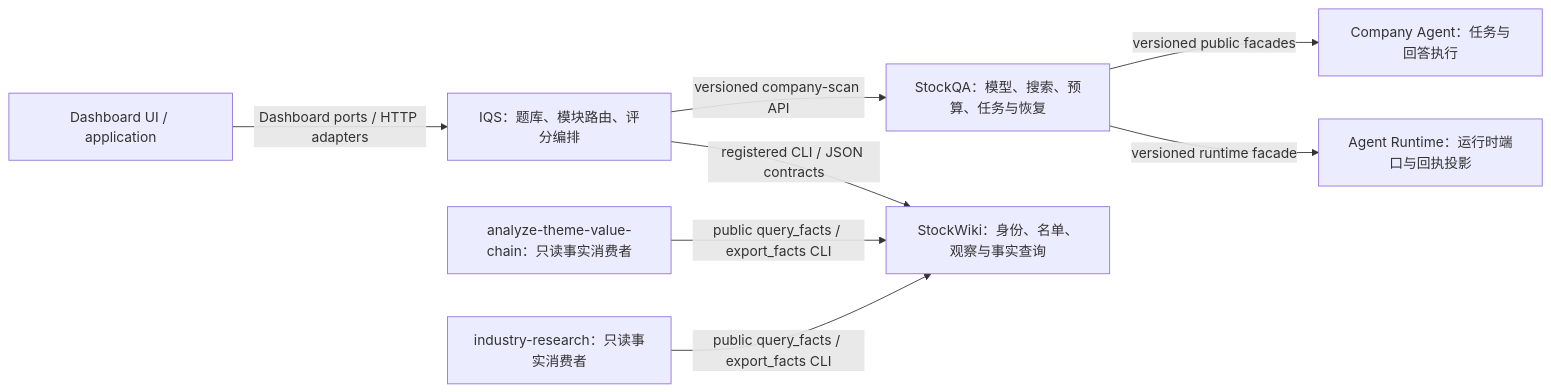
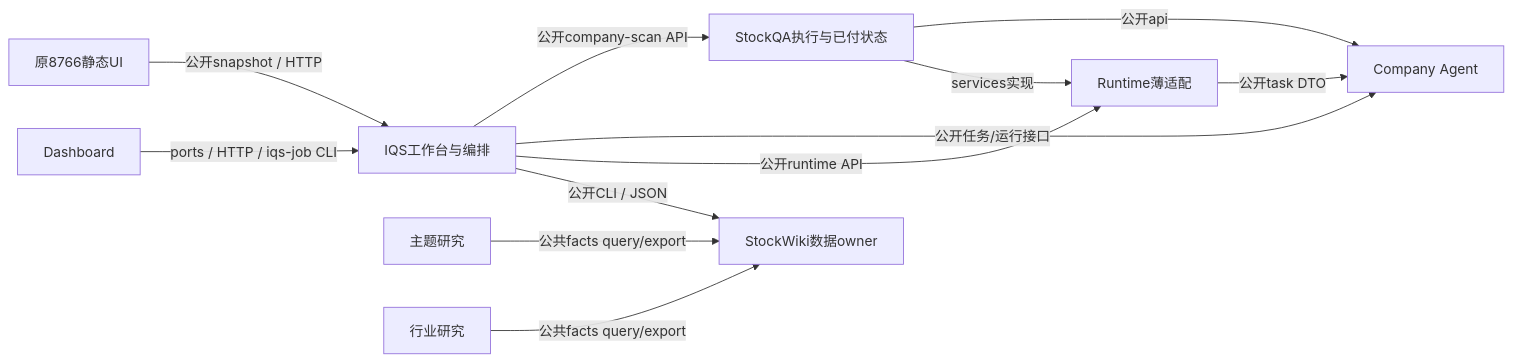
The diagram in docs/architecture/module-boundaries.md (zhengcb81/invest-quick-scan), drawn with Mermaid before and after one commit. The commit also changed other lines of this file and 18 other files, not shown here.

````diff
--- a/docs/architecture/module-boundaries.md
+++ b/docs/architecture/module-boundaries.md
@@ -7,19 +9,14 @@
 ```mermaid
 flowchart LR
-  UI[Dashboard UI / application]
-  IQS[IQS：题库、模块路由、评分编排]
-  QA[StockQA：模型、搜索、预算、任务与恢复]
-  CA[Company Agent：任务与回答执行]
-  RT[Agent Runtime：运行时端口与回执投影]
-  SW[StockWiki：身份、名单、观察与事实查询]
-  TH[analyze-theme-value-chain：只读事实消费者]
-  IR[industry-research：只读事实消费者]
-
-  UI -->|Dashboard ports / HTTP adapters| IQS
-  IQS -->|versioned company-scan API| QA
-  QA -->|versioned public facades| CA
-  QA -->|versioned runtime facade| RT
-  IQS -->|registered CLI / JSON contracts| SW
-  TH -->|public query_facts / export_facts CLI| SW
-  IR -->|public query_facts / export_facts CLI| SW
+ U[原8766静态UI] -->|公开snapshot / HTTP| IQS[IQS工作台与编排]
+ D[Dashboard] -->|ports / HTTP / iqs-job CLI| IQS
+ IQS -->|公开company-scan API| QA[StockQA执行与已付状态]
+ IQS -->|公开任务/运行接口| CA[Company Agent]
+ IQS -->|公开runtime API| RT[Runtime薄适配]
+ QA -->|公开api| CA
+ QA -->|services实现| RT
+ RT -->|公开task DTO| CA
+ IQS -->|公开CLI / JSON| SW[StockWiki数据owner]
+ TH[主题研究] -->|公共facts query/export| SW
+ IN[行业研究] -->|公共facts query/export| SW
 ```
````
